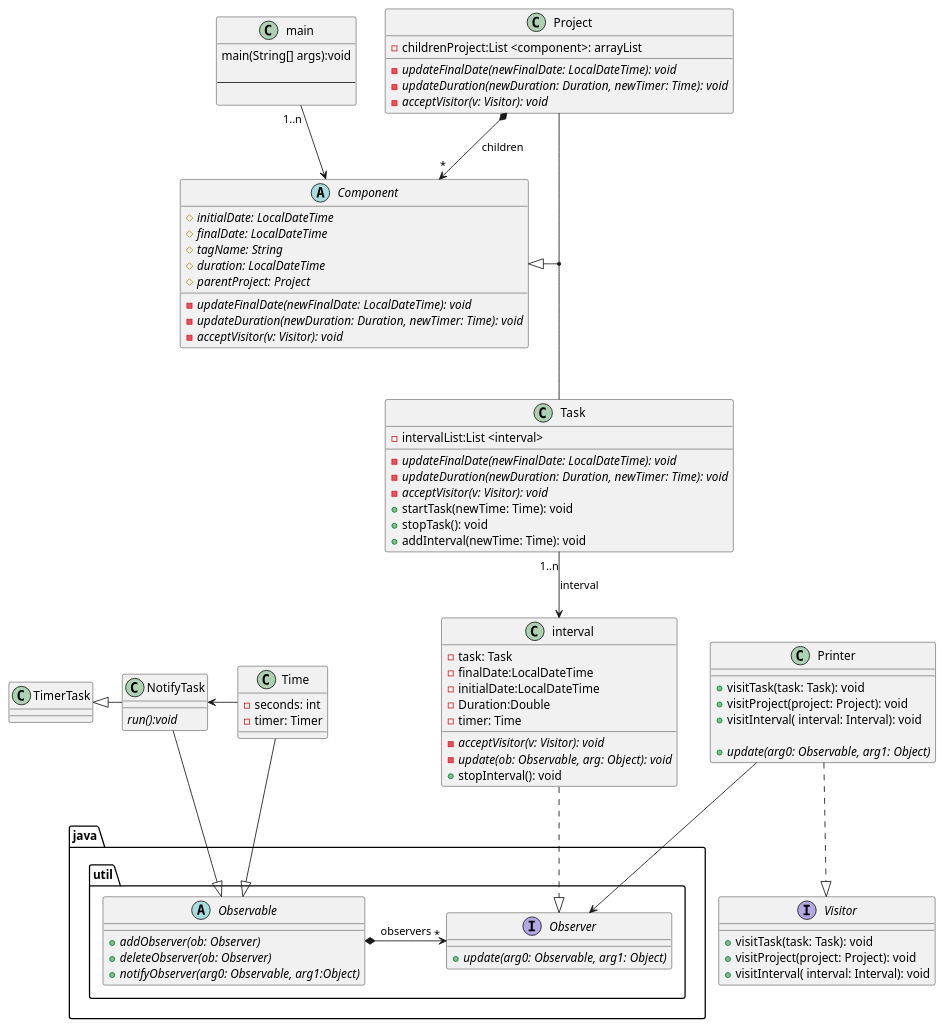
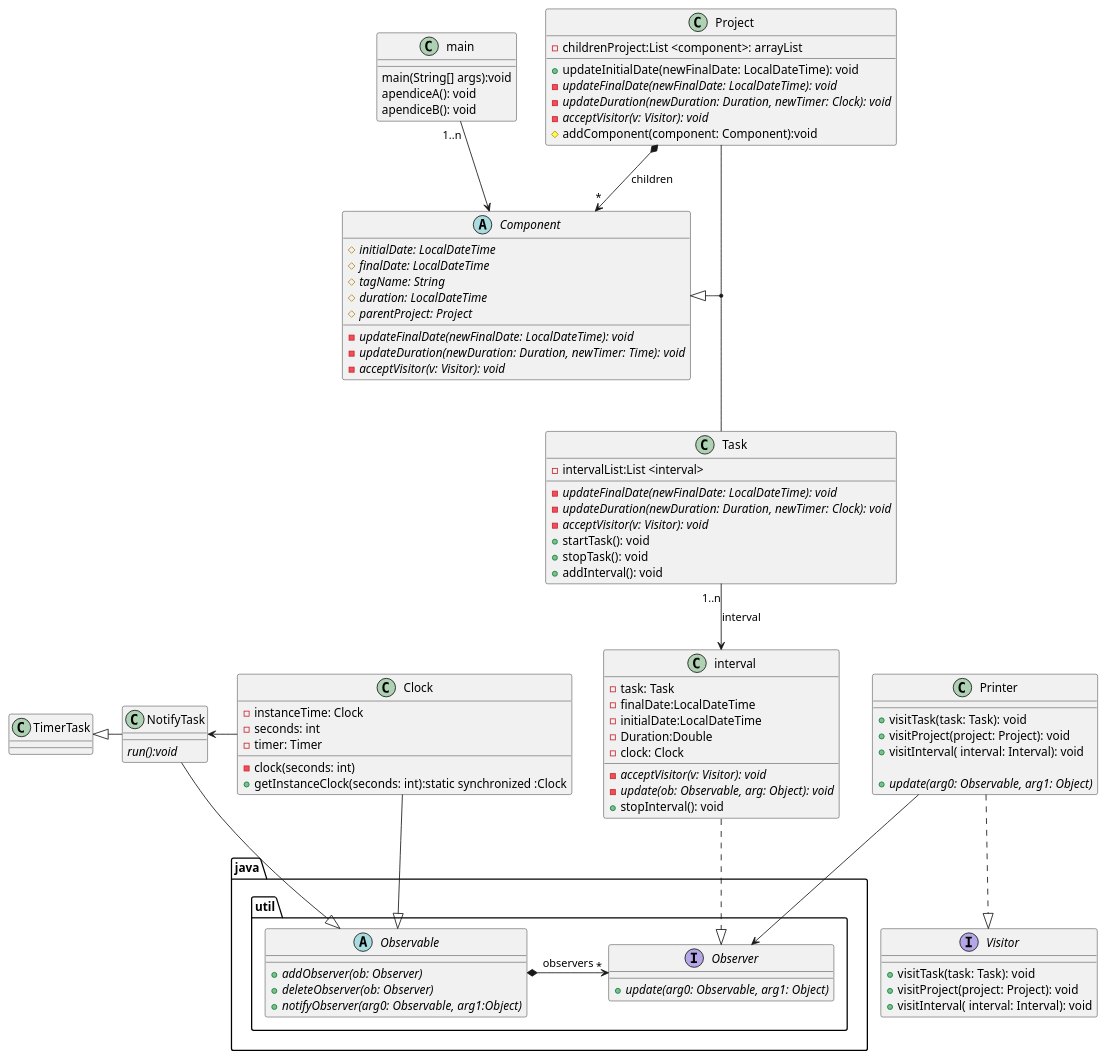
One commit to alekzihz/DS_TimeTracking changed the diagram in src/umlTimeTracking.puml. Above: the diagram before and after it, drawn with PlantUML.

Commit message:
UML actualizado version apendiceA y B
UML actualizado

```diff
--- a/src/umlTimeTracking.puml
+++ b/src/umlTimeTracking.puml
@@ -1,116 +1,120 @@
 @startuml
 'https://plantuml.com/class-diagram
 
 
 
 class main{
   main(String[] args):void
-
-  --
+  apendiceA(): void
+  apendiceB(): void
 
 }
 abstract Component{
     {abstract}#initialDate: LocalDateTime
     {abstract}#finalDate: LocalDateTime
     {abstract}#tagName: String
     {abstract}#duration: LocalDateTime
     {abstract}#parentProject: Project
 
     {abstract}-updateFinalDate(newFinalDate: LocalDateTime): void
     {abstract}-updateDuration(newDuration: Duration, newTimer: Time): void
     {abstract}-acceptVisitor(v: Visitor): void
 }
 
 Interface Visitor{
     +visitTask(task: Task): void
     +visitProject(project: Project): void
     +visitInterval( interval: Interval): void
 
 }
 
 class Project{
     -childrenProject:List <component>: arrayList
-
+    +updateInitialDate(newFinalDate: LocalDateTime): void
      {abstract}-updateFinalDate(newFinalDate: LocalDateTime): void
-     {abstract}-updateDuration(newDuration: Duration, newTimer: Time): void
+     {abstract}-updateDuration(newDuration: Duration, newTimer: Clock): void
      {abstract}-acceptVisitor(v: Visitor): void
+     #addComponent(component: Component):void
 }
 
 class Task {
     -intervalList:List <interval>
     {abstract}-updateFinalDate(newFinalDate: LocalDateTime): void
-    {abstract}-updateDuration(newDuration: Duration, newTimer: Time): void
+    {abstract}-updateDuration(newDuration: Duration, newTimer: Clock): void
     {abstract}-acceptVisitor(v: Visitor): void
-    +startTask(newTime: Time): void
+    +startTask(): void
     +stopTask(): void
-    +addInterval(newTime: Time): void
+    +addInterval(): void
 }
 class interval{
     -task: Task
     -finalDate:LocalDateTime
     -initialDate:LocalDateTime
     -Duration:Double
-    -timer: Time
+    -clock: Clock
 
     {abstract}-acceptVisitor(v: Visitor): void
     {abstract}-update(ob: Observable, arg: Object): void
     +stopInterval(): void
 
 }
 
 package java.util{
 
     interface Observer {
 
         +{abstract}update(arg0: Observable, arg1: Object)
 
     }
 
     Abstract Observable
     {
        +{abstract}addObserver(ob: Observer)
        +{abstract}deleteObserver(ob: Observer)
        +{abstract}notifyObserver(arg0: Observable, arg1:Object)
     }
 
 
 
 }
 
-class Time {
+class Clock {
+    -instanceTime: Clock
     -seconds: int
     -timer: Timer
+    -clock(seconds: int)
+    +getInstanceClock(seconds: int):static synchronized :Clock
 
 }
 
 class NotifyTask{
     {abstract}run():void
 }
 
 class Printer{
     +visitTask(task: Task): void
     +visitProject(project: Project): void
     +visitInterval( interval: Interval): void
 
     +{abstract}update(arg0: Observable, arg1: Object)
 }
 
-Time-left->NotifyTask
+Clock-left->NotifyTask
 NotifyTask--|>Observable
 NotifyTask-left-|>TimerTask
 
 Printer..|>Visitor
 Printer-->Observer
 
 main"1..n"--> Component
 Project *--> "*"Component:children
 
 Component <|--down(Project,Task)
 
-Time--|> Observable
+Clock--|> Observable
 interval ..|> Observer
 Observable*--left>"*"Observer:observers
 Task "1..n"--> interval:interval
 
 
 @enduml
```
